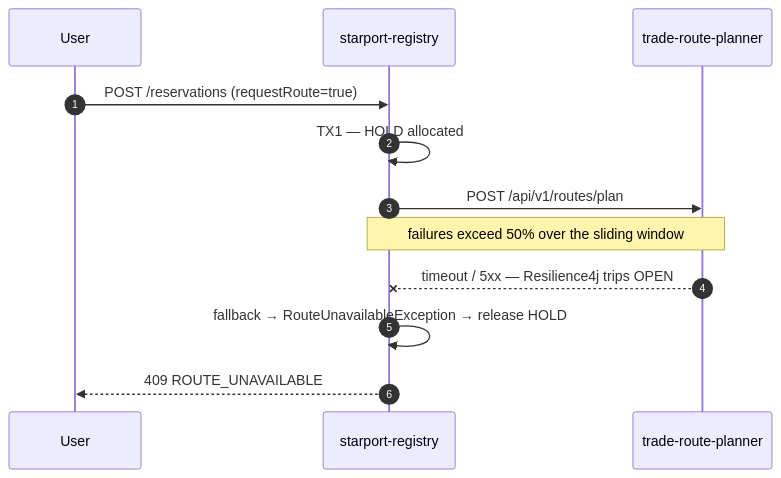
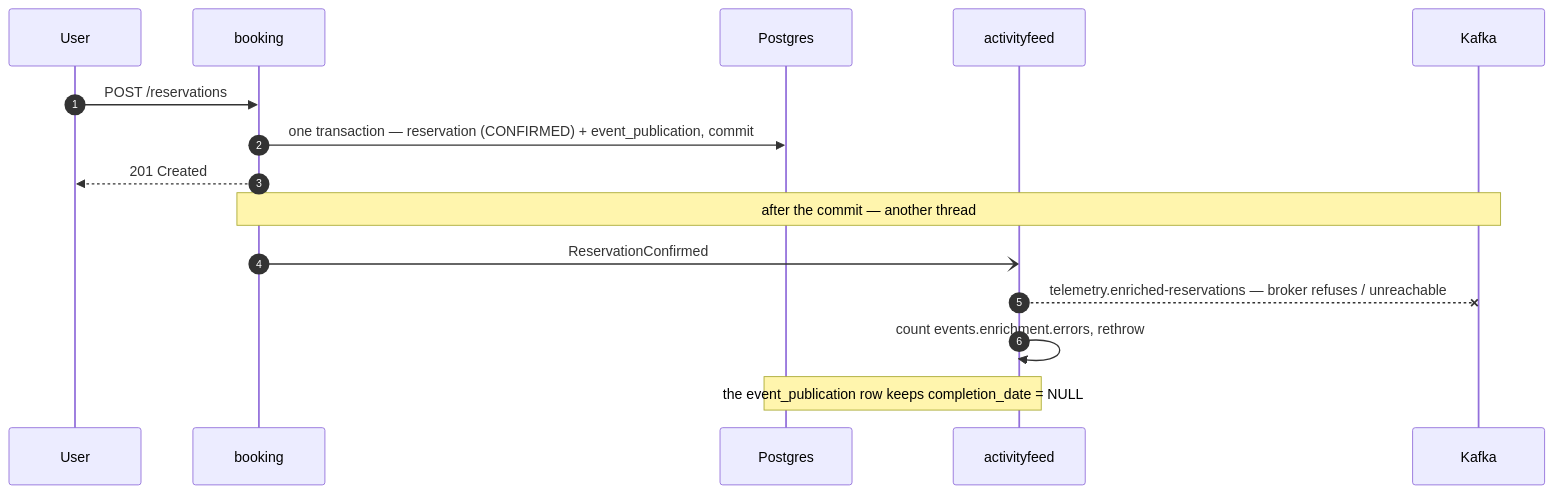
Before and after one commit to stepniewskirafal/MicroservicesFleet: the fourth of 6 diagrams in README.md, drawn with Mermaid. The commit also changed other lines of this file and 412 other files, not shown here.

````diff
--- a/README.md
+++ b/README.md
@@ -226,15 +263,18 @@
 ```mermaid
 sequenceDiagram
     autonumber
     participant U as User
-    participant A as starport-registry
-    participant B as trade-route-planner
+    participant A as booking
+    participant DB as Postgres
+    participant F as activityfeed
+    participant K as Kafka
 
-    U->>A: POST /reservations (requestRoute=true)
-    A->>A: TX1 — HOLD allocated
-    A->>B: POST /api/v1/routes/plan
-    Note over A,B: failures exceed 50% over the sliding window
-    B--xA: timeout / 5xx — Resilience4j trips OPEN
-    A->>A: fallback → RouteUnavailableException → release HOLD
-    A-->>U: 409 ROUTE_UNAVAILABLE
+    U->>A: POST /reservations
+    A->>DB: one transaction — reservation (CONFIRMED) + event_publication, commit
+    A-->>U: 201 Created
+    Note over A,K: after the commit — another thread
+    A-)F: ReservationConfirmed
+    F--xK: telemetry.enriched-reservations — broker refuses / unreachable
+    F->>F: count events.enrichment.errors, rethrow
+    Note over DB,F: the event_publication row keeps completion_date = NULL
 ```
````
